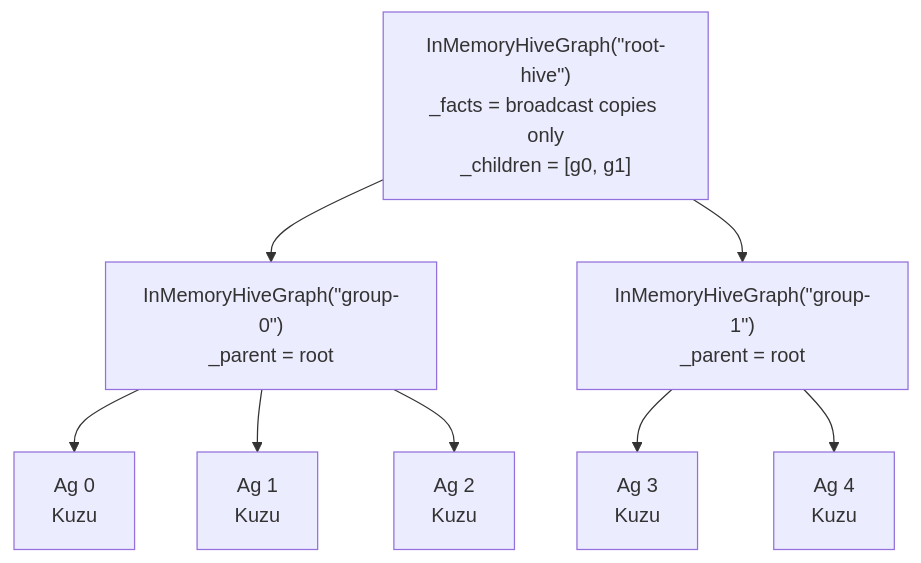
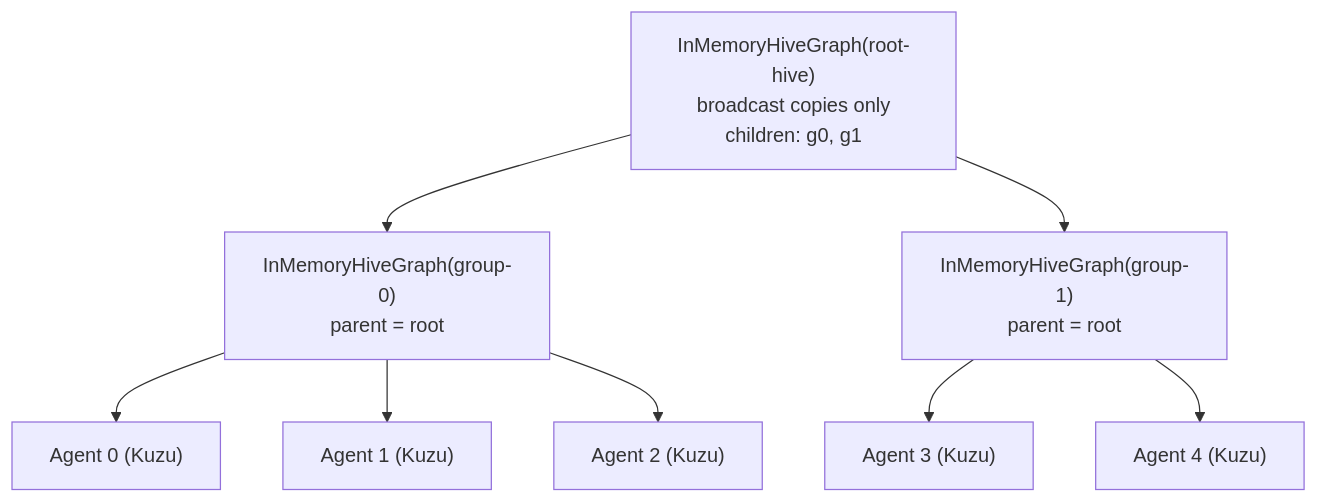
One commit to rysweet/amplihack changed the third of 13 diagrams in docs/hive_mind/ARCHITECTURE.md. Above: the diagram before and after it, drawn with Mermaid. The commit also changed other lines of this file and 2 other files, not shown here.

First line of the commit message:
docs: add getting-started guide and update hive mind docs

````diff
--- a/docs/hive_mind/ARCHITECTURE.md
+++ b/docs/hive_mind/ARCHITECTURE.md
@@ -40,14 +42,14 @@
 ```mermaid
 graph TD
-    Root["InMemoryHiveGraph(&quot;root-hive&quot;)<br/>_facts = broadcast copies only<br/>_children = [g0, g1]"]
+    Root["InMemoryHiveGraph(root-hive)<br/>broadcast copies only<br/>children: g0, g1"]
 
-    Root --> G0["InMemoryHiveGraph(&quot;group-0&quot;)<br/>_parent = root"]
-    Root --> G1["InMemoryHiveGraph(&quot;group-1&quot;)<br/>_parent = root"]
+    Root --> G0["InMemoryHiveGraph(group-0)<br/>parent = root"]
+    Root --> G1["InMemoryHiveGraph(group-1)<br/>parent = root"]
 
-    G0 --> Ag0[Ag 0<br/>Kuzu]
-    G0 --> Ag1[Ag 1<br/>Kuzu]
-    G0 --> Ag2[Ag 2<br/>Kuzu]
+    G0 --> Ag0["Agent 0 (Kuzu)"]
+    G0 --> Ag1["Agent 1 (Kuzu)"]
+    G0 --> Ag2["Agent 2 (Kuzu)"]
 
-    G1 --> Ag3[Ag 3<br/>Kuzu]
-    G1 --> Ag4[Ag 4<br/>Kuzu]
+    G1 --> Ag3["Agent 3 (Kuzu)"]
+    G1 --> Ag4["Agent 4 (Kuzu)"]
 ```
````
